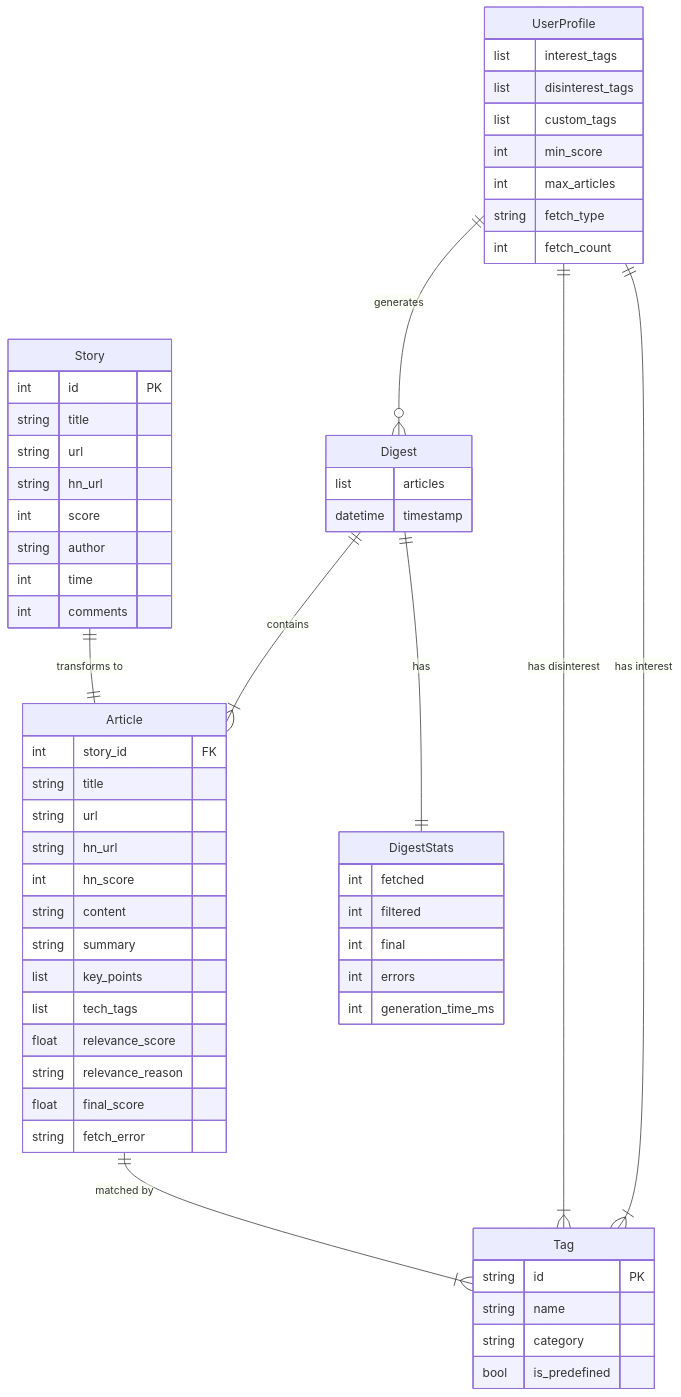
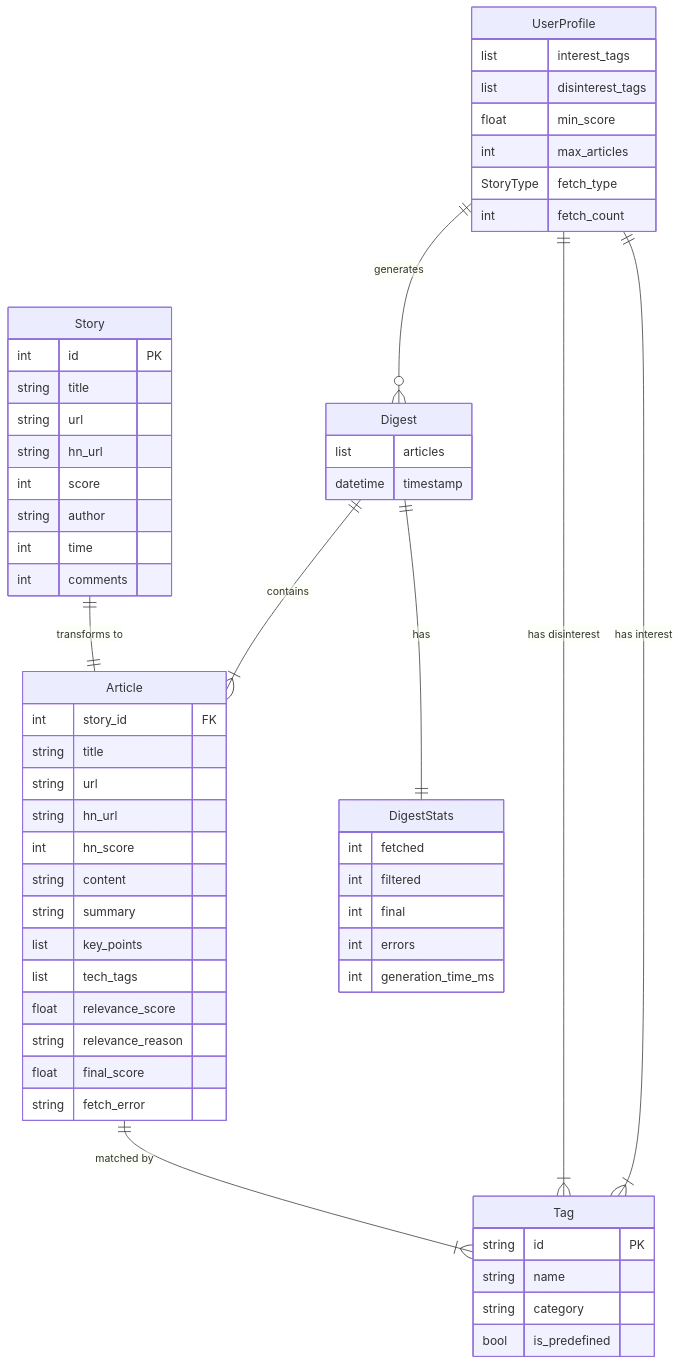
Before and after one commit to darth-dodo/hn-herald: the third of 5 diagrams in docs/architecture.md, drawn with Mermaid. The commit also changed other lines of this file and 17 other files, not shown here.

````diff
--- a/docs/architecture.md
+++ b/docs/architecture.md
@@ -262,67 +259,66 @@
 ```mermaid
 erDiagram
     UserProfile ||--o{ Digest : generates
     UserProfile ||--|{ Tag : "has interest"
     UserProfile ||--|{ Tag : "has disinterest"
     Digest ||--|{ Article : contains
     Digest ||--|| DigestStats : has
     Story ||--|| Article : "transforms to"
     Article ||--|{ Tag : "matched by"
 
     Tag {
         string id PK
         string name
         string category
         bool is_predefined
     }
 
     UserProfile {
         list interest_tags
         list disinterest_tags
-        list custom_tags
-        int min_score
+        float min_score
         int max_articles
-        string fetch_type
+        StoryType fetch_type
         int fetch_count
     }
 
     Story {
         int id PK
         string title
         string url
         string hn_url
         int score
         string author
         int time
         int comments
     }
 
     Article {
         int story_id FK
         string title
         string url
         string hn_url
         int hn_score
         string content
         string summary
         list key_points
         list tech_tags
         float relevance_score
         string relevance_reason
         float final_score
         string fetch_error
     }
 
     Digest {
         list articles
         datetime timestamp
     }
 
     DigestStats {
         int fetched
         int filtered
         int final
         int errors
         int generation_time_ms
     }
 ```
````
